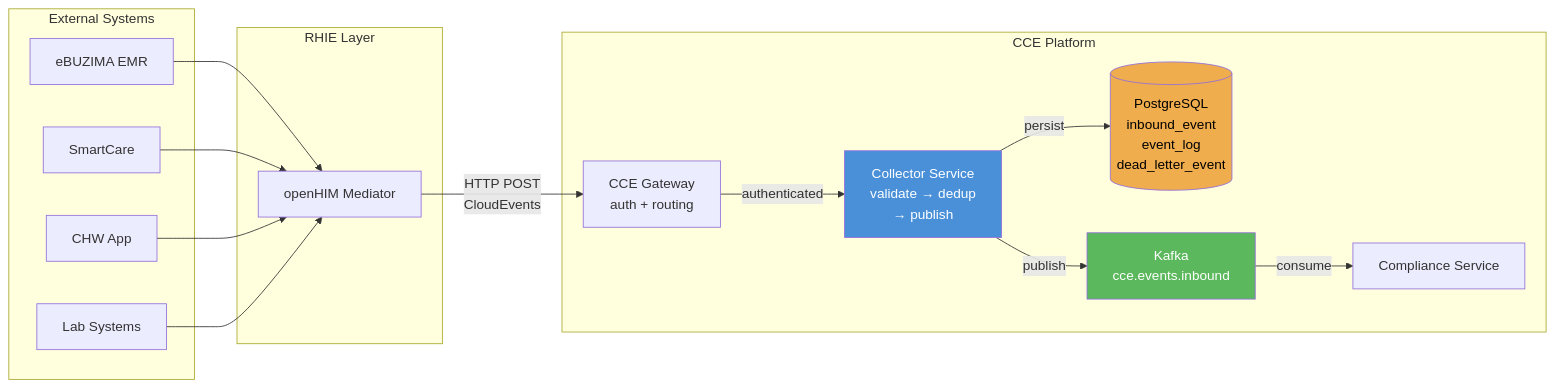
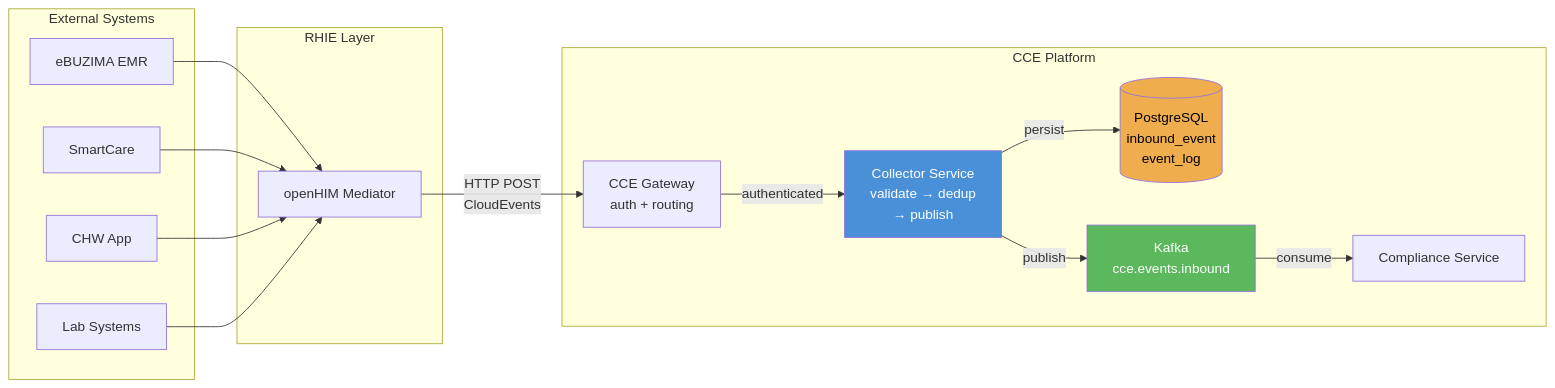
One commit to Jayaprakash8887/cce-collector-service changed the sixth of 8 diagrams in docs/flow-diagrams.md. Above: the diagram before and after it, drawn with Mermaid. The commit also changed other lines of this file and 6 other files, not shown here.

````diff
--- a/docs/flow-diagrams.md
+++ b/docs/flow-diagrams.md
@@ -201,35 +201,35 @@
 ```mermaid
 flowchart LR
     subgraph External["External Systems"]
         EMR1[eBUZIMA EMR]
         EMR2[SmartCare]
         CHW[CHW App]
         LAB[Lab Systems]
     end
 
     subgraph RHIE["RHIE Layer"]
         OH[openHIM Mediator]
     end
 
     subgraph CCE["CCE Platform"]
         GW[CCE Gateway<br/>auth + routing]
         CS[Collector Service<br/>validate → dedup<br/>→ publish]
-        PG[(PostgreSQL<br/>inbound_event<br/>event_log<br/>dead_letter_event)]
+        PG[(PostgreSQL<br/>inbound_event<br/>event_log)]
         KF[Kafka<br/>cce.events.inbound]
         COMP[Compliance Service]
     end
 
     EMR1 --> OH
     EMR2 --> OH
     CHW --> OH
     LAB --> OH
     OH -->|HTTP POST<br/>CloudEvents| GW
     GW -->|authenticated| CS
     CS -->|persist| PG
     CS -->|publish| KF
     KF -->|consume| COMP
 
     style CS fill:#4a90d9,color:#fff
     style KF fill:#5cb85c,color:#fff
     style PG fill:#f0ad4e,color:#000
 ```
````
